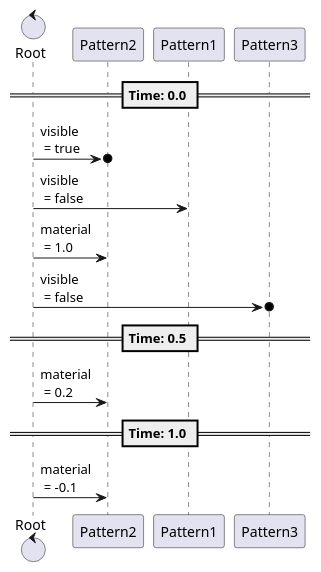
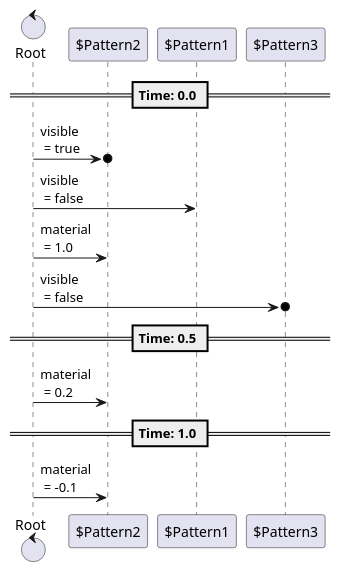
One commit to tkmfujise/Platformer-Game-Learning changed the fourth of 5 diagrams in content/scenes/src/curtain/closing/closing.tscn.adoc. Above: the diagram before and after it, drawn with PlantUML. The commit also changed other lines of this file and 31 other files, not shown here.

Commit message:
Add prefix $ to node name in animation sequences

```diff
--- a/content/scenes/src/curtain/closing/closing.tscn.adoc
+++ b/content/scenes/src/curtain/closing/closing.tscn.adoc
@@ -119,21 +119,21 @@
 [plantuml]
 ....
-control "Root" as Root
-participant "Pattern2" as T0
-participant "Pattern1" as T1
-participant "Pattern3" as T3
+control "Root" as R
+participant "$Pattern2" as T0
+participant "$Pattern1" as T1
+participant "$Pattern3" as T3
 
 
 
 == Time: 0.0 ==
-Root  ->o  T0 : visible\n = true
-Root  ->  T1 : visible\n = false
-Root  ->  T0 : material\n = 1.0
-Root  ->o  T3 : visible\n = false
+R  ->o  T0 : visible\n = true
+R  ->  T1 : visible\n = false
+R  ->  T0 : material\n = 1.0
+R  ->o  T3 : visible\n = false
 == Time: 0.5 ==
-Root  ->  T0 : material\n = 0.2
+R  ->  T0 : material\n = 0.2
 == Time: 1.0 ==
-Root  ->  T0 : material\n = -0.1
+R  ->  T0 : material\n = -0.1
 
 
 ....
```
